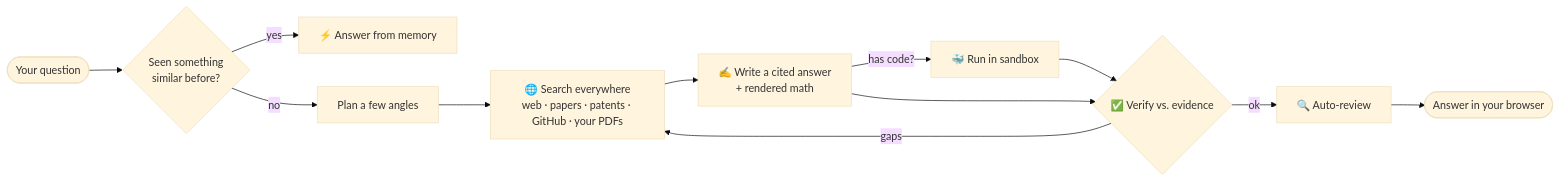
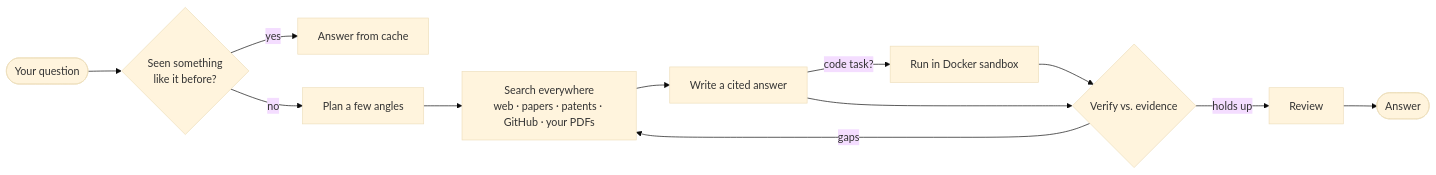
Before and after one commit to anistondeveloperteam-ANT/Audio-research-assistant: the diagram in README.md, drawn with Mermaid (base theme). The commit also changed other lines of this file, not shown here.

````diff
--- a/README.md
+++ b/README.md
@@ -141,13 +68,13 @@
 ```mermaid
 flowchart LR
-    Q([Your question]) --> M{Seen something<br/>similar before?}
-    M -- yes --> CACHE[⚡ Answer from memory]
-    M -- no --> PLAN[Plan a few angles]
-    PLAN --> SEARCH[🌐 Search everywhere<br/>web · papers · patents · GitHub · your PDFs]
-    SEARCH --> WRITE[✍️ Write a cited answer<br/>+ rendered math]
-    WRITE -- has code? --> DOCKER[🐳 Run in sandbox]
-    DOCKER --> VERIFY
-    WRITE --> VERIFY{✅ Verify vs. evidence}
-    VERIFY -- gaps --> SEARCH
-    VERIFY -- ok --> REVIEW[🔍 Auto‑review] --> OUT([Answer in your browser])
+    Q([Your question]) --> M{Seen something<br/>like it before?}
+    M -- yes --> C[Answer from cache]
+    M -- no --> P[Plan a few angles]
+    P --> S[Search everywhere<br/>web · papers · patents · GitHub · your PDFs]
+    S --> W[Write a cited answer]
+    W -- code task? --> D[Run in Docker sandbox]
+    D --> V
+    W --> V{Verify vs. evidence}
+    V -- gaps --> S
+    V -- holds up --> R[Review] --> A([Answer])
 ```
````
